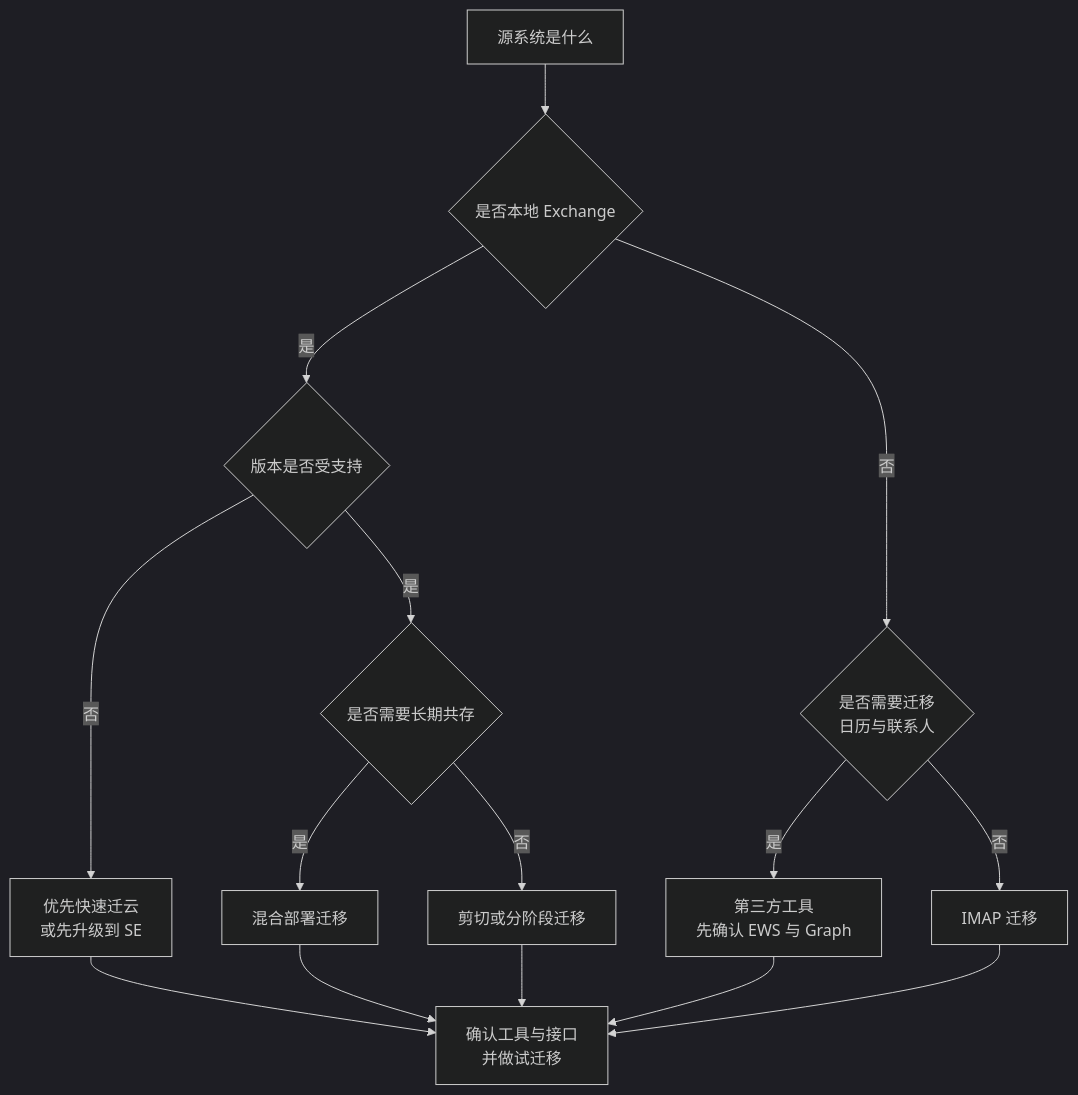
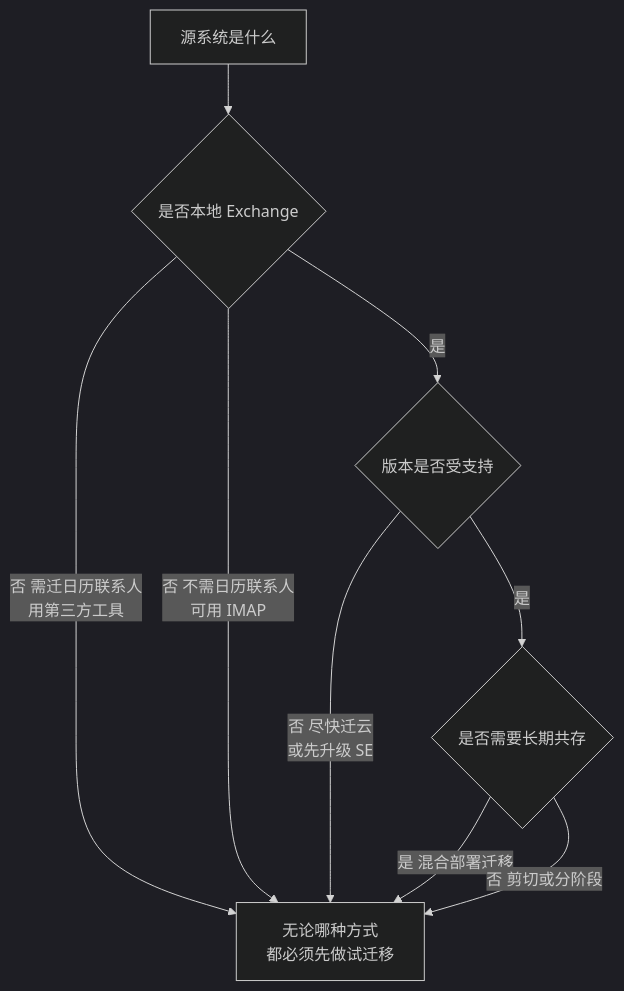
The second of 2 diagrams in Microsoft-365企业导入实施方案/03-邮件-Exchange配置与迁移/06-迁移方式选择.md (zerioo1970/summary), drawn with Mermaid (dark theme) before and after one commit. The commit also changed 14 other files, not shown here.

First line of the commit message:
fix(docs): 修正 Mermaid 图渲染问题（15 个文件）

````diff
--- a/Microsoft-365企业导入实施方案/03-邮件-Exchange配置与迁移/06-迁移方式选择.md
+++ b/Microsoft-365企业导入实施方案/03-邮件-Exchange配置与迁移/06-迁移方式选择.md
@@ -219,17 +219,11 @@
 ```mermaid
 graph TD
     A[源系统是什么] --> B{是否本地 Exchange}
+    B -->|否 需迁日历联系人<br/>用第三方工具| Z[无论哪种方式<br/>都必须先做试迁移]
+    B -->|否 不需日历联系人<br/>可用 IMAP| Z
     B -->|是| C{版本是否受支持}
-    B -->|否| D{是否需要迁移<br/>日历与联系人}
-    C -->|是| E{是否需要长期共存}
-    C -->|否| F[优先快速迁云<br/>或先升级到 SE]
-    E -->|是| G[混合部署迁移]
-    E -->|否| H[剪切或分阶段迁移]
-    D -->|是| I[第三方工具<br/>先确认 EWS 与 Graph]
-    D -->|否| J[IMAP 迁移]
-    F --> K[确认工具与接口<br/>并做试迁移]
-    G --> K
-    H --> K
-    I --> K
-    J --> K
+    C -->|否 尽快迁云<br/>或先升级 SE| Z
+    C -->|是| D{是否需要长期共存}
+    D -->|是 混合部署迁移| Z
+    D -->|否 剪切或分阶段| Z
 ```
````
